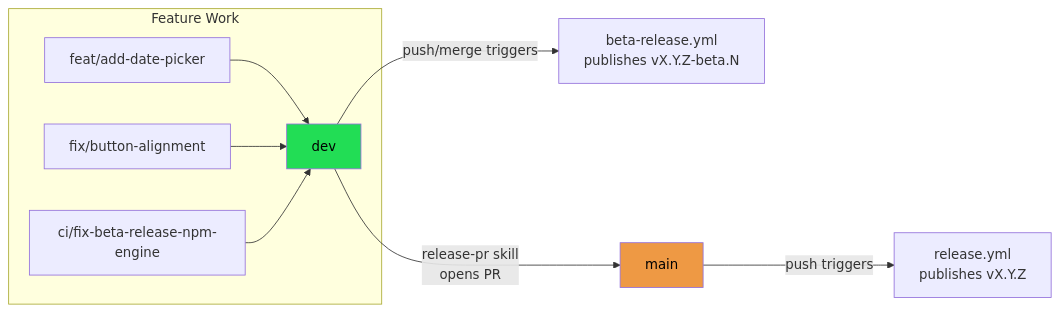
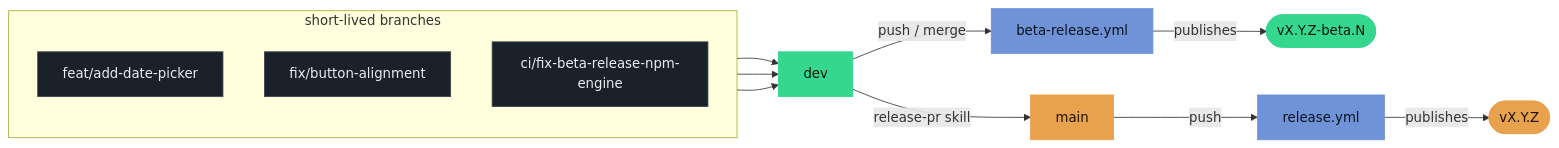
Before and after one commit to SpaceUY/pulsar-ui: the first of 5 diagrams in COLLABORATION_FLOW.md, drawn with Mermaid. The commit also changed other lines of this file and 10 other files, not shown here.

````diff
--- a/COLLABORATION_FLOW.md
+++ b/COLLABORATION_FLOW.md
@@ -22,15 +66,29 @@
 ```mermaid
 flowchart LR
-    subgraph Feature Work
-        A["feat/add-date-picker"] --> D
-        B["fix/button-alignment"] --> D
-        C["ci/fix-beta-release-npm-engine"] --> D
+    subgraph FEAT["short-lived branches"]
+        direction TB
+        A["feat/add-date-picker"]
+        B["fix/button-alignment"]
+        C["ci/fix-beta-release-npm-engine"]
     end
 
-    D["dev"] -->|"push/merge triggers"| BETA["beta-release.yml\npublishes vX.Y.Z-beta.N"]
-    D -->|"release-pr skill\nopens PR"| M["main"]
-    M -->|"push triggers"| REL["release.yml\npublishes vX.Y.Z"]
+    A --> D
+    B --> D
+    C --> D
 
-    style D fill:#2d5,color:#000
-    style M fill:#e94,color:#000
+    D["dev"] -->|push / merge| BETA["beta-release.yml"]
+    BETA -->|publishes| BETAOUT(["vX.Y.Z-beta.N"])
+    D -->|release-pr skill| M["main"]
+    M -->|push| REL["release.yml"]
+    REL -->|publishes| RELOUT(["vX.Y.Z"])
+
+    classDef branch fill:#1a2129,stroke:#3a4552,color:#e8edf2
+    classDef devline fill:#35d68e,stroke:#35d68e,color:#0b1510
+    classDef mainline fill:#e8a14c,stroke:#e8a14c,color:#1c1206
+    classDef automation fill:#6f93d6,stroke:#6f93d6,color:#0b1220
+
+    class A,B,C branch
+    class D,BETAOUT devline
+    class M,RELOUT mainline
+    class BETA,REL automation
 ```
````
